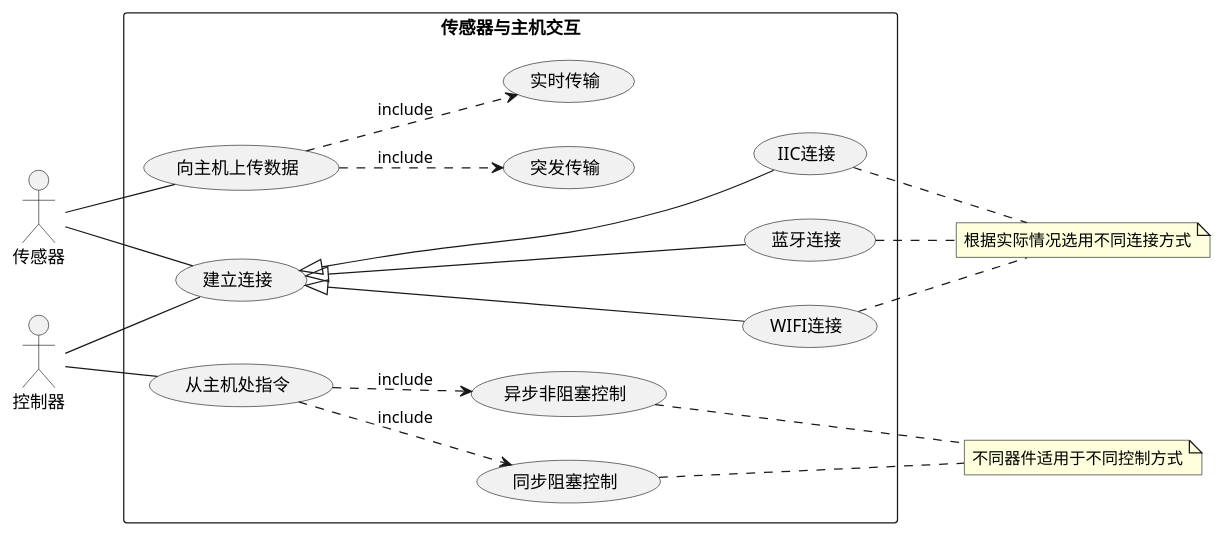
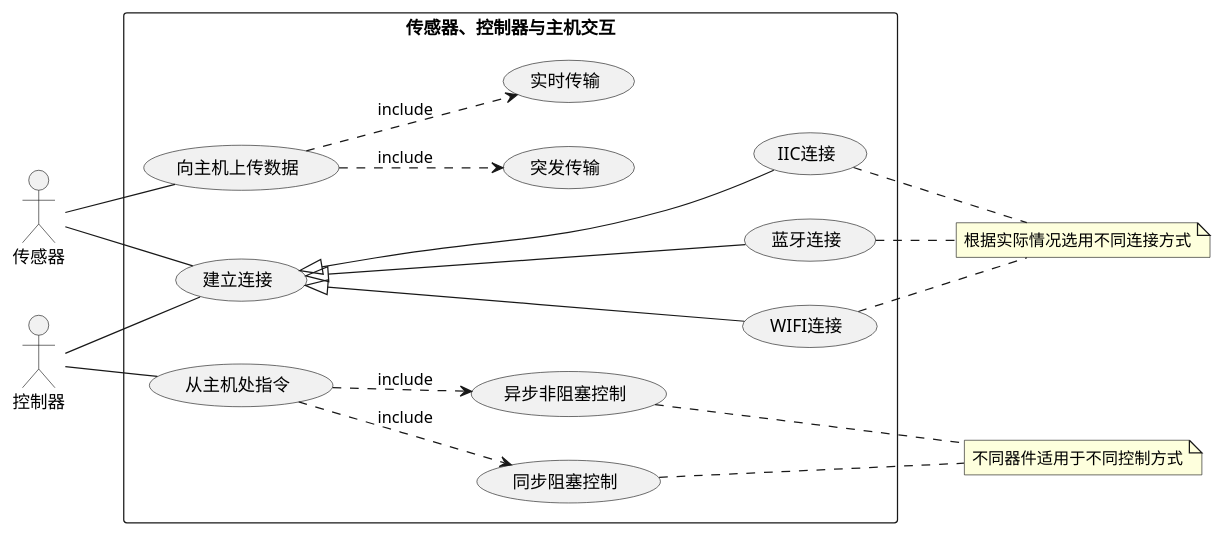
The diagram in Design/RequirementAnalysis/UsecaseDiagram_2.wsd (wzyskylake/Star-Fire), drawn with PlantUML before and after one commit. The commit also changed 11 other files, not shown here.

```diff
--- a/Design/RequirementAnalysis/UsecaseDiagram_2.wsd
+++ b/Design/RequirementAnalysis/UsecaseDiagram_2.wsd
@@ -1,27 +1,27 @@
 @startuml 传感器与主机交互
 left to right direction
 skinparam packageStyle rectangle
 actor 传感器 as sensor
 actor 控制器 as controller
-rectangle 传感器与主机交互{
+rectangle 传感器、控制器与主机交互{
     sensor -- (建立连接)
     sensor -- (向主机上传数据)
     (向主机上传数据) .-> (实时传输):include
     (向主机上传数据) .-> (突发传输):include
     controller -- (建立连接)
     controller -- (从主机处指令)
     (从主机处指令) .-> (同步阻塞控制):include
     (从主机处指令) .-> (异步非阻塞控制):include
     (建立连接) <|--- (IIC连接)
     (建立连接) <|--- (蓝牙连接)
     (建立连接) <|--- (WIFI连接)
     
 }
 note "根据实际情况选用不同连接方式" as N1
 (IIC连接) .. N1
 (蓝牙连接) .. N1
 (WIFI连接) .. N1
 note "不同器件适用于不同控制方式" as N2
 (同步阻塞控制) ... N2
 (异步非阻塞控制) .. N2
 @enduml
```
